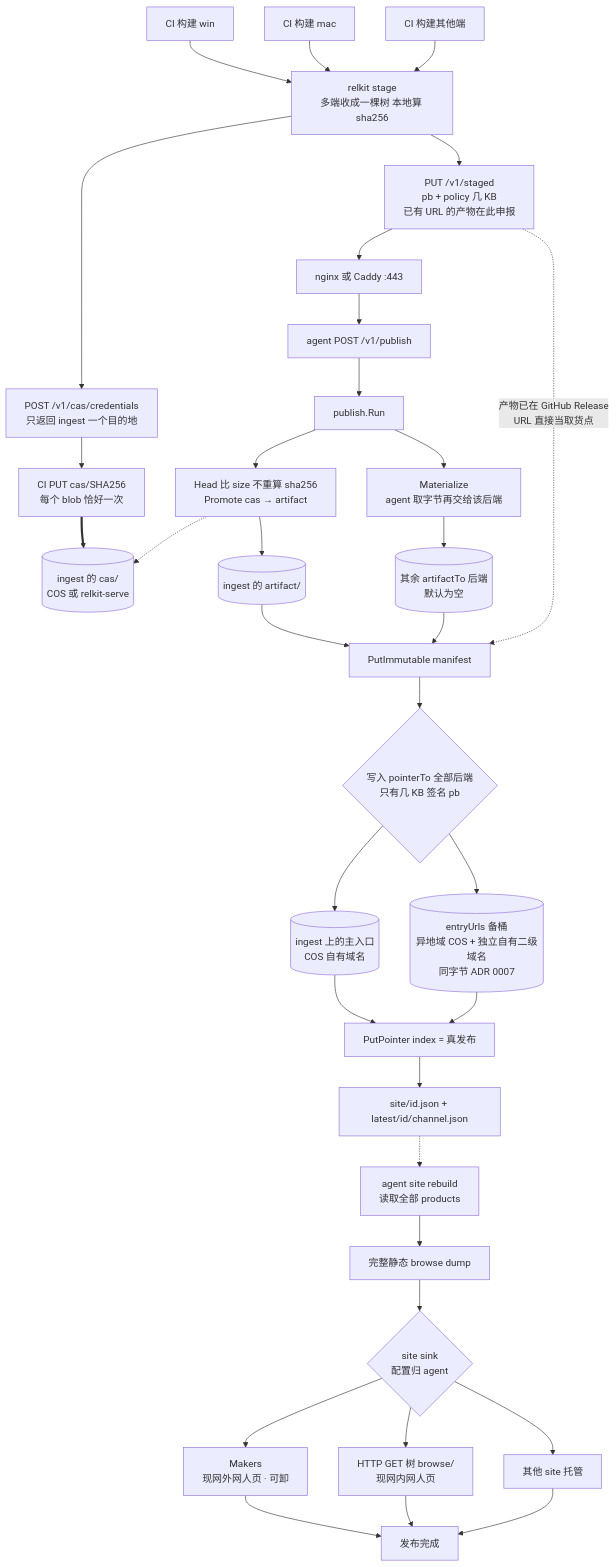
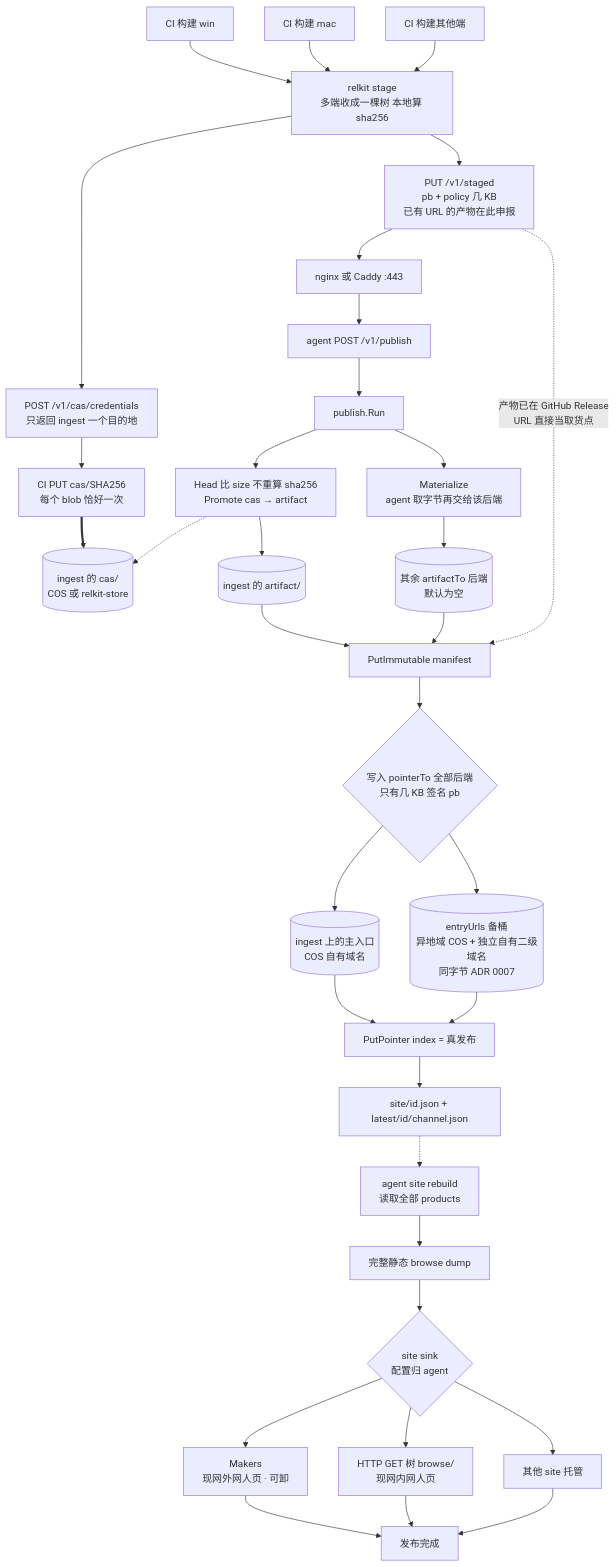
One commit to shichao402/relkit changed the first of 2 diagrams in docs/design/publish-topology.md. Above: the diagram before and after it, drawn with Mermaid. The commit also changed other lines of this file and 76 other files, not shown here.

````diff
--- a/docs/design/publish-topology.md
+++ b/docs/design/publish-topology.md
@@ -42,46 +42,46 @@
 ```mermaid
 flowchart TB
   win["CI 构建 win"] --> stage
   mac["CI 构建 mac"] --> stage
   apk["CI 构建其他端"] --> stage
   stage["relkit stage<br/>多端收成一棵树 本地算 sha256"]
 
   stage --> tok["POST /v1/cas/credentials<br/>只返回 ingest 一个目的地"]
   tok --> casPut["CI PUT cas/SHA256<br/>每个 blob 恰好一次"]
   stage --> stagedMeta["PUT /v1/staged<br/>pb + policy 几 KB<br/>已有 URL 的产物在此申报"]
 
-  casPut ==> ingestCas[("ingest 的 cas/<br/>COS 或 relkit-serve")]
+  casPut ==> ingestCas[("ingest 的 cas/<br/>COS 或 relkit-store")]
   stagedMeta --> ngx["nginx 或 Caddy :443"]
   ngx --> postPub["agent POST /v1/publish"]
   postPub --> run["publish.Run"]
 
   run --> promote["Head 比 size 不重算 sha256<br/>Promote cas → artifact"]
   promote -.-> ingestCas
   promote --> artIngest[("ingest 的 artifact/")]
   run --> mat["Materialize<br/>agent 取字节再交给该后端"]
   mat --> artOther[("其余 artifactTo 后端<br/>默认为空")]
 
   artIngest --> man["PutImmutable manifest"]
   artOther --> man
   stagedMeta -.->|"产物已在 GitHub Release<br/>URL 直接当取货点"| man
 
   man --> ptrFan{"写入 pointerTo 全部后端<br/>只有几 KB 签名 pb"}
   ptrFan --> pIngest[("ingest 上的主入口<br/>COS 自有域名")]
   ptrFan --> pMirror[("entryUrls 备桶<br/>异地域 COS + 独立自有二级域名<br/>同字节 ADR 0007")]
 
   pIngest --> idx["PutPointer index = 真发布"]
   pMirror --> idx
   idx --> meta["site/id.json + latest/id/channel.json"]
   meta -.-> rebuild["agent site rebuild<br/>读取全部 products"]
   rebuild --> dump["完整静态 browse dump"]
 
   dump --> sink{"site sink<br/>配置归 agent"}
 
   sink --> makers["Makers<br/>现网外网人页 · 可卸"]
   sink --> tree["HTTP GET 树 browse/<br/>现网内网人页"]
   sink --> other["其他 site 托管"]
 
   makers --> done["发布完成"]
   tree --> done
   other --> done
 ```
````
